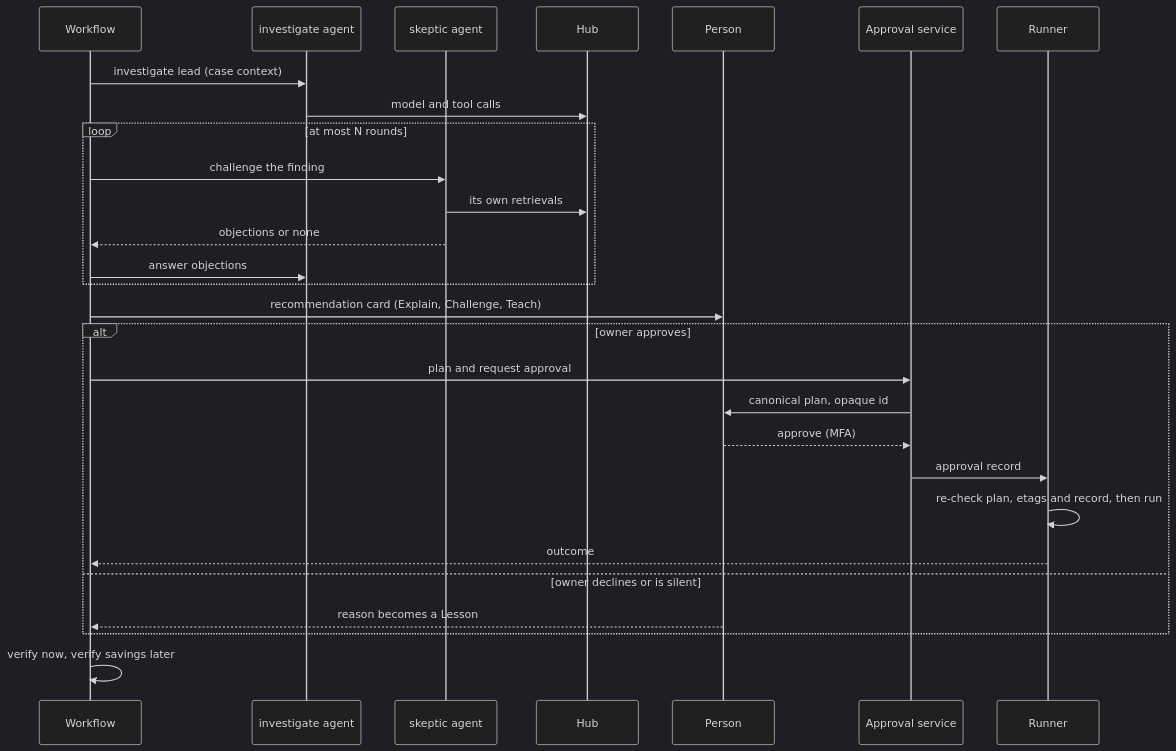
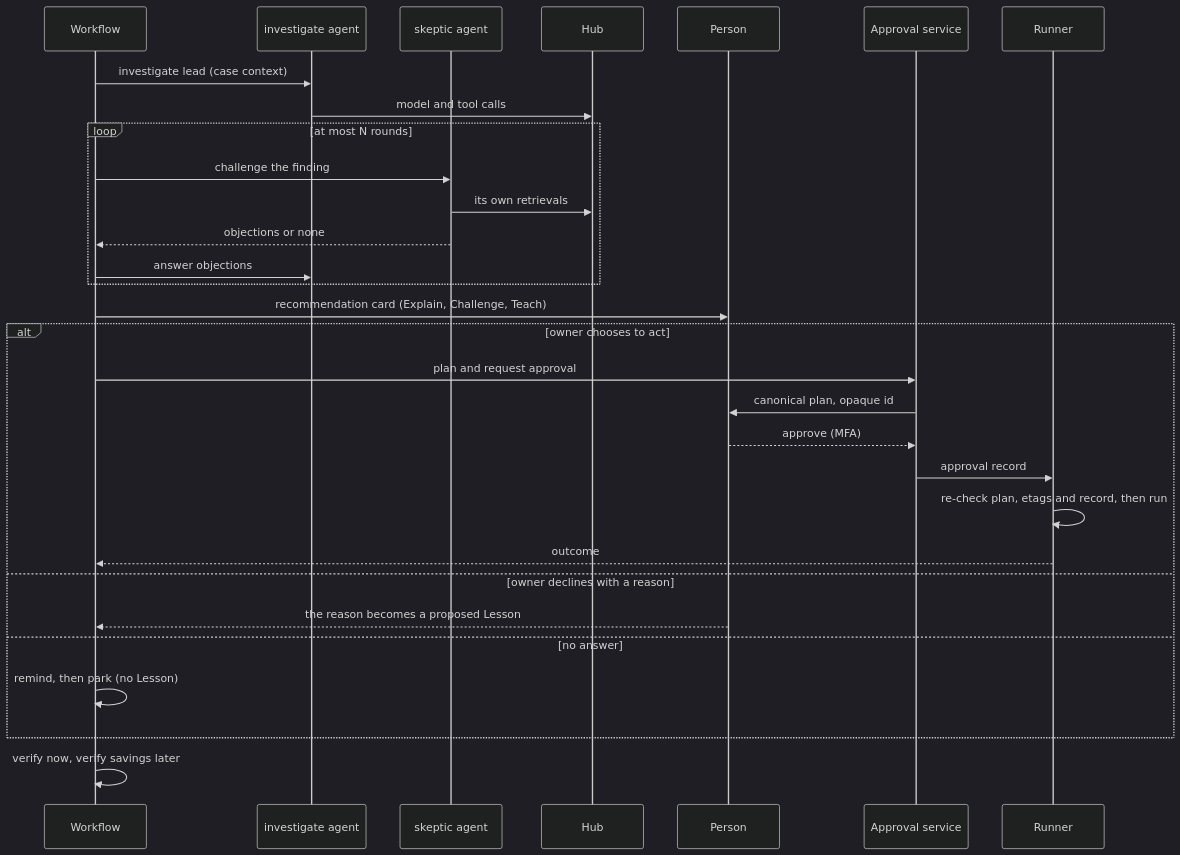
Before and after one commit to tinodo/meternaut: the second of 2 diagrams in docs/design/02-architecture.md, drawn with Mermaid (dark theme). The commit also changed other lines of this file and 69 other files, not shown here.

````diff
--- a/docs/design/02-architecture.md
+++ b/docs/design/02-architecture.md
@@ -84,30 +84,32 @@
 ```mermaid
 sequenceDiagram
     participant W as Workflow
     participant I as investigate agent
     participant S as skeptic agent
     participant H as Hub
     participant P as Person
     participant A as Approval service
     participant R as Runner
     W->>I: investigate lead (case context)
     I->>H: model and tool calls
     loop at most N rounds
         W->>S: challenge the finding
         S->>H: its own retrievals
         S-->>W: objections or none
         W->>I: answer objections
     end
     W->>P: recommendation card (Explain, Challenge, Teach)
-    alt owner approves
+    alt owner chooses to act
         W->>A: plan and request approval
         A->>P: canonical plan, opaque id
         P-->>A: approve (MFA)
         A->>R: approval record
         R->>R: re-check plan, etags and record, then run
         R-->>W: outcome
-    else owner declines or is silent
-        P-->>W: reason becomes a Lesson
+    else owner declines with a reason
+        P-->>W: the reason becomes a proposed Lesson
+    else no answer
+        W->>W: remind, then park (no Lesson)
     end
     W->>W: verify now, verify savings later
 ```
````
